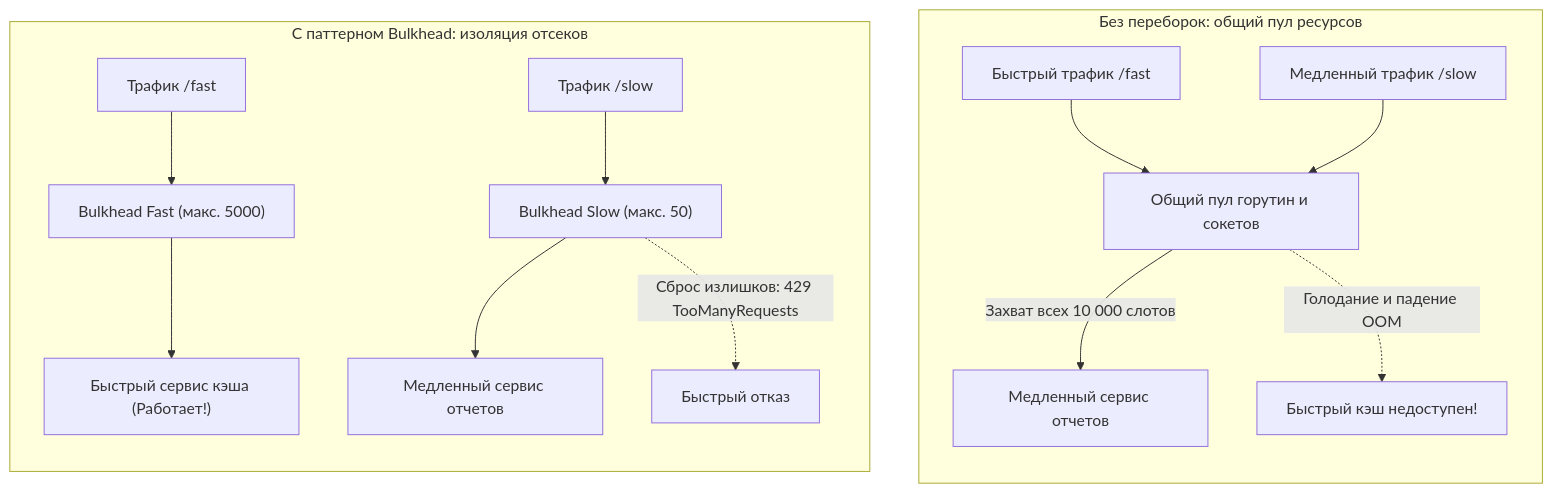
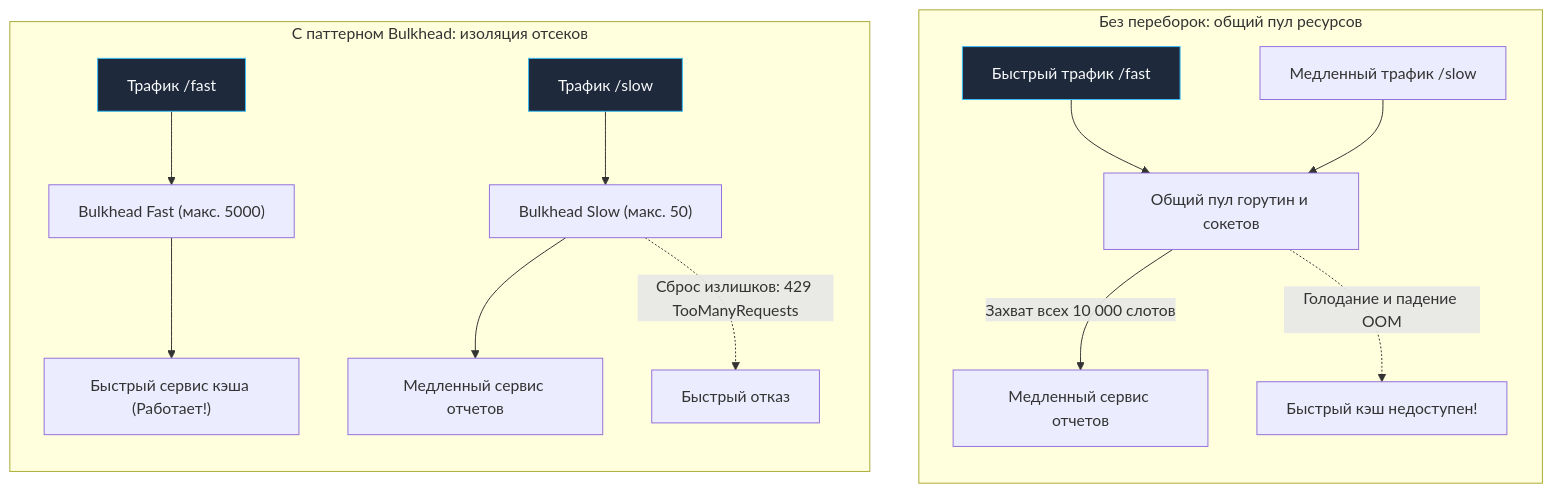
The first of 2 diagrams in sources/14. Распределенные системы на Go/05. Надежность/4. Bulkhead.md (UnrealTemplier/go-textbook), drawn with Mermaid before and after one commit. The commit also changed other lines of this file and 1666 other files, not shown here.

First line of the commit message:
feat(mermaid): add semantic color classDef to 1369 colorless flowchart/graph diagrams

````diff
--- a/sources/14. Распределенные системы на Go/05. Надежность/4. Bulkhead.md
+++ b/sources/14. Распределенные системы на Go/05. Надежность/4. Bulkhead.md
@@ -11,19 +11,29 @@
 ```mermaid
 flowchart TD
+    classDef process  fill:#1e293b,stroke:#38bdf8,stroke-width:1px,color:#f8fafc
+    classDef success  fill:#064e3b,stroke:#34d399,stroke-width:1px,color:#f8fafc
+    classDef error    fill:#7f1d1d,stroke:#f87171,stroke-width:1px,color:#f8fafc
+    classDef warning  fill:#78350f,stroke:#fbbf24,stroke-width:1px,color:#f8fafc
+    classDef entry    fill:#1e3a5f,stroke:#38bdf8,stroke-width:2px,color:#f8fafc
+    classDef aux      fill:#334155,stroke:#64748b,stroke-width:1px,color:#f8fafc
+    classDef system   fill:#312e81,stroke:#a78bfa,stroke-width:1px,color:#f8fafc
+    classDef data     fill:#132d29,stroke:#2dd4bf,stroke-width:1px,color:#f8fafc
+    classDef network  fill:#881337,stroke:#fb7185,stroke-width:1px,color:#f8fafc
+    classDef accent   fill:#1e1b4b,stroke:#818cf8,stroke-width:1px,color:#f8fafc
     subgraph SharedFailure["Без переборок: общий пул ресурсов"]
         direction TB
-        F1["Быстрый трафик /fast"] --> CommonPool["Общий пул горутин и сокетов"]
+        F1["Быстрый трафик /fast"]:::process --> CommonPool["Общий пул горутин и сокетов"]
         S1["Медленный трафик /slow"] --> CommonPool
         CommonPool -->|"Захват всех 10 000 слотов"| SlowBackend["Медленный сервис отчетов"]
         CommonPool -.->|"Голодание и падение OOM"| FastDead["Быстрый кэш недоступен!"]
     end
 
     subgraph BulkheadSuccess["С паттерном Bulkhead: изоляция отсеков"]
         direction TB
-        F2["Трафик /fast"] --> BFast["Bulkhead Fast (макс. 5000)"]
-        S2["Трафик /slow"] --> BSlow["Bulkhead Slow (макс. 50)"]
+        F2["Трафик /fast"]:::process --> BFast["Bulkhead Fast (макс. 5000)"]
+        S2["Трафик /slow"]:::process --> BSlow["Bulkhead Slow (макс. 50)"]
         BFast --> FastBackend["Быстрый сервис кэша (Работает!)"]
         BSlow --> SlowBackend2["Медленный сервис отчетов"]
         BSlow -.->|"Сброс излишков: 429 TooManyRequests"| Drop["Быстрый отказ"]
     end
 ```
````
